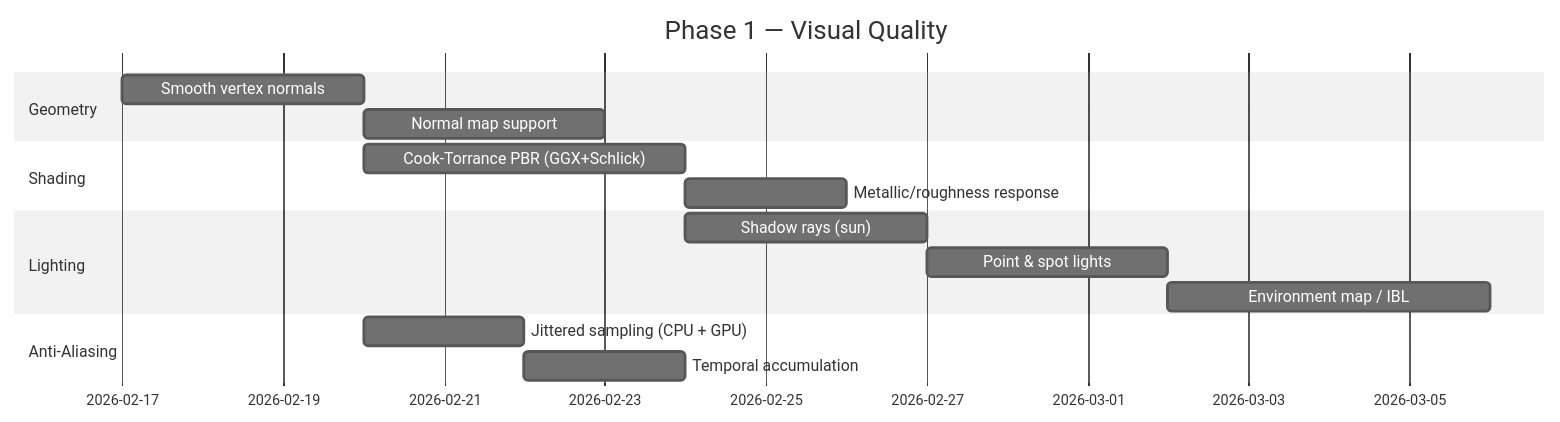
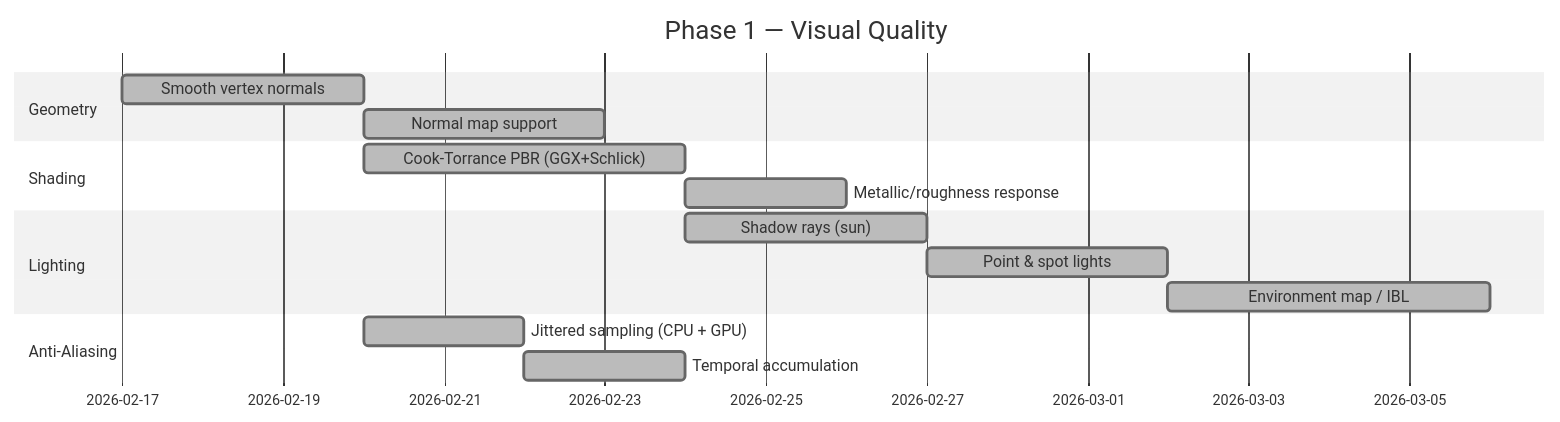
The fifth of 11 diagrams in ROADMAP.md (VitorMPCastro/MessyerRaytracer), drawn with Mermaid (neutral theme) before and after one commit. The commit also changed other lines of this file and 81 other files, not shown here.

````diff
--- a/ROADMAP.md
+++ b/ROADMAP.md
@@ -231,18 +231,18 @@
 ```mermaid
 gantt
     title Phase 1 — Visual Quality
     dateFormat YYYY-MM-DD
     section Geometry
-        Smooth vertex normals           :a1, 2026-02-17, 3d
-        Normal map support              :a2, after a1, 3d
+        Smooth vertex normals           :done, a1, 2026-02-17, 3d
+        Normal map support              :done, a2, after a1, 3d
     section Shading
-        Cook-Torrance PBR (GGX+Schlick) :b1, after a1, 4d
-        Metallic/roughness response     :b2, after b1, 2d
+        Cook-Torrance PBR (GGX+Schlick) :done, b1, after a1, 4d
+        Metallic/roughness response     :done, b2, after b1, 2d
     section Lighting
-        Shadow rays (sun)               :c1, after b1, 3d
-        Point & spot lights             :c2, after c1, 3d
-        Environment map / IBL           :c3, after c2, 4d
+        Shadow rays (sun)               :done, c1, after b1, 3d
+        Point & spot lights             :done, c2, after c1, 3d
+        Environment map / IBL           :done, c3, after c2, 4d
     section Anti-Aliasing
-        Jittered sampling (CPU + GPU)   :d1, after a1, 2d
-        Temporal accumulation           :d2, after d1, 2d
+        Jittered sampling (CPU + GPU)   :done, d1, after a1, 2d
+        Temporal accumulation           :done, d2, after d1, 2d
 ```
````
